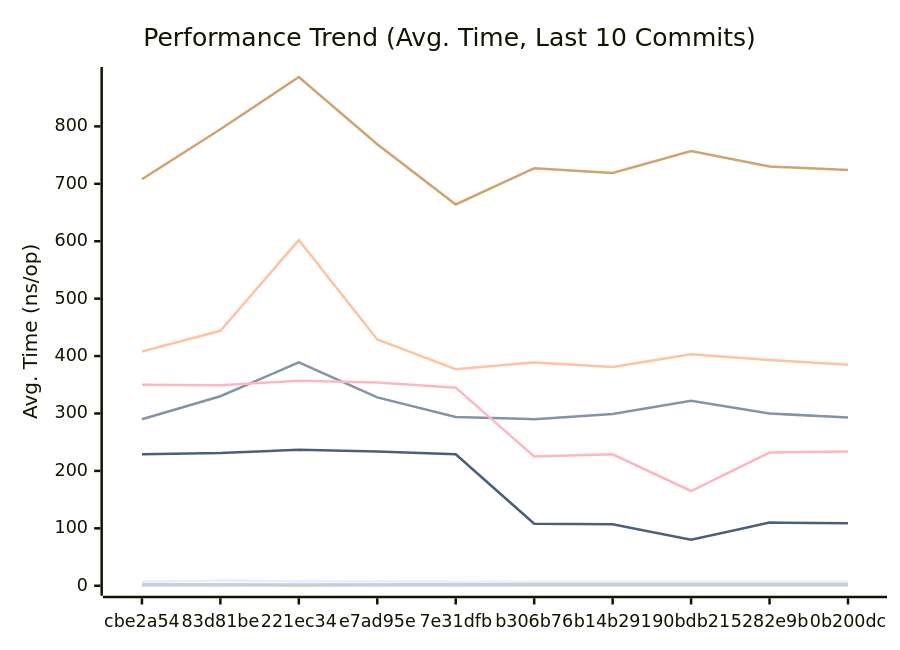
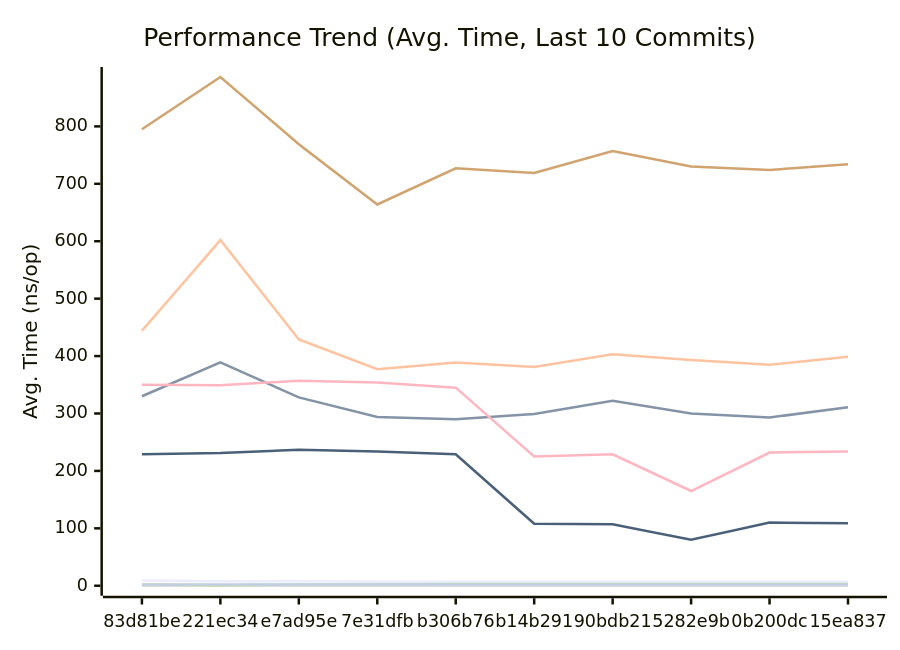
One commit to alsotoes/momo changed the first of 3 diagrams in docs/PERFORMANCE.md. Above: the diagram before and after it, drawn with Mermaid. The commit also changed other lines of this file and 2 other files, not shown here.

````diff
--- a/docs/PERFORMANCE.md
+++ b/docs/PERFORMANCE.md
@@ -80,16 +80,16 @@
 ```mermaid
 xychart-beta
     title "Performance Trend (Avg. Time, Last 10 Commits)"
     x-axis "Commit"
     y-axis "Avg. Time (ns/op)"
-    x-axis [cbe2a54,83d81be,221ec34,e7ad95e,7e31dfb,b306b76,b14b291,90bdb21,5282e9b,0b200dc]
-    line "CheckMetricsAndSwap" [7,9,8,8,7,7,7,7,7,7]
-    line "CrushOptimized" [290,330,389,328,294,290,299,322,300,293]
-    line "CrushOriginal" [408,444,602,429,377,389,381,403,393,385]
+    x-axis [83d81be,221ec34,e7ad95e,7e31dfb,b306b76,b14b291,90bdb21,5282e9b,0b200dc,15ea837]
+    line "CheckMetricsAndSwap" [9,8,8,7,7,7,7,7,7,7]
+    line "CrushOptimized" [330,389,328,294,290,299,322,300,293,311]
+    line "CrushOriginal" [444,602,429,377,389,381,403,393,385,399]
     line "IndexDirectTracking" [0,0,0,0,0,0,0,0,0,0]
-    line "IndexSearch" [2,2,1,2,2,3,3,3,3,3]
-    line "LoadGlobalConfig" [708,795,886,769,664,727,719,757,730,724]
+    line "IndexSearch" [2,1,2,2,3,3,3,3,3,3]
+    line "LoadGlobalConfig" [795,886,769,664,727,719,757,730,724,734]
     line "PadString" [2,2,2,2,2,2,2,2,2,2]
     line "ParseReplicationOrder_NoPrealloc" [350,349,357,354,345,225,229,165,232,234]
     line "ParseReplicationOrder_Prealloc" [229,231,237,234,229,108,107,80,110,109]
 ```
````
